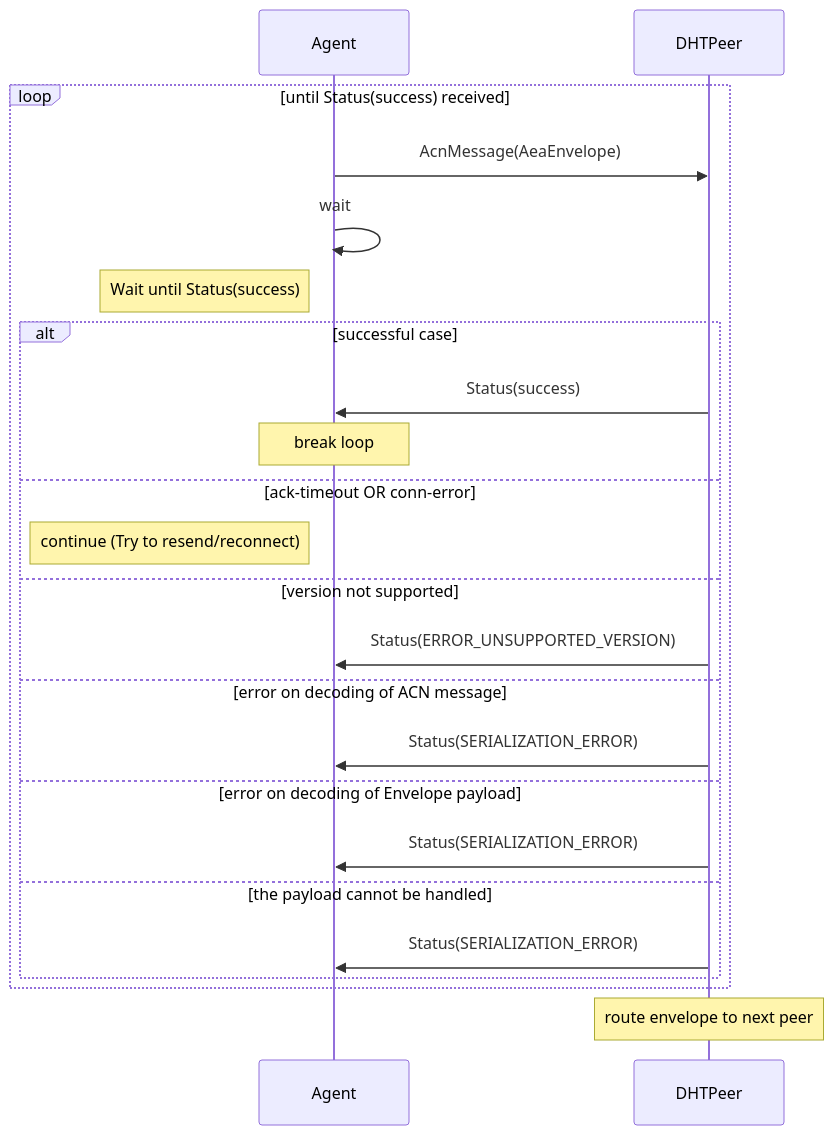
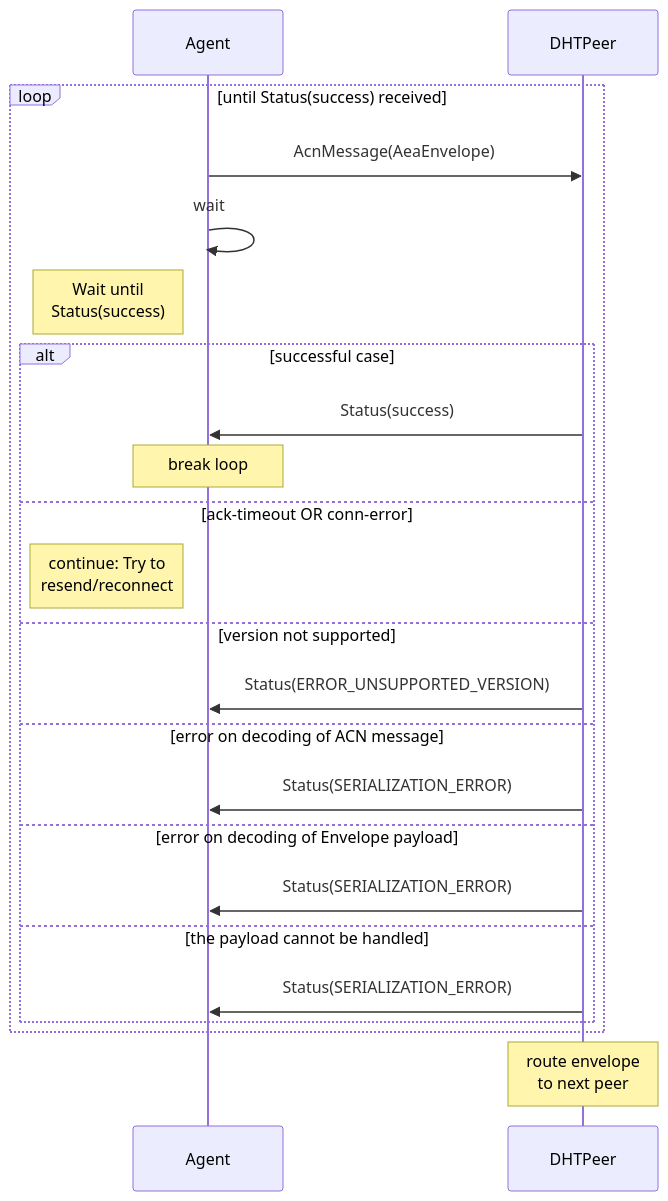
Before and after one commit to legendarydeveloper919/agents-aea: the second of 8 diagrams in docs/acn-internals.md, drawn with Mermaid. The commit also changed other lines of this file, not shown here.

```diff
--- a/docs/acn-internals.md
+++ b/docs/acn-internals.md
@@ -145,25 +202,25 @@
 <div class="mermaid">
     sequenceDiagram
         participant Agent
         participant DHTPeer
         loop until Status(success) received
             Agent->>DHTPeer: AcnMessage(AeaEnvelope)
             Agent->>Agent: wait
-            note left of Agent: Wait until Status(success)
+            note left of Agent: Wait until<br/>Status(success)
             alt successful case
                 DHTPeer->>Agent: Status(success)
                 note over Agent: break loop
             else ack-timeout OR conn-error
-                note left of Agent: continue (Try to resend/reconnect)
+                note left of Agent: continue: Try to<br/>resend/reconnect
             else version not supported
                 DHTPeer->>Agent: Status(ERROR_UNSUPPORTED_VERSION)
             else error on decoding of ACN message
                 DHTPeer->>Agent: Status(SERIALIZATION_ERROR)
             else error on decoding of Envelope payload
                 DHTPeer->>Agent: Status(SERIALIZATION_ERROR)
             else the payload cannot be handled
                 DHTPeer->>Agent: Status(SERIALIZATION_ERROR)
             end
         end
-        note over DHTPeer: route envelope to next peer
+        note over DHTPeer: route envelope<br/>to next peer
 </div>
```
